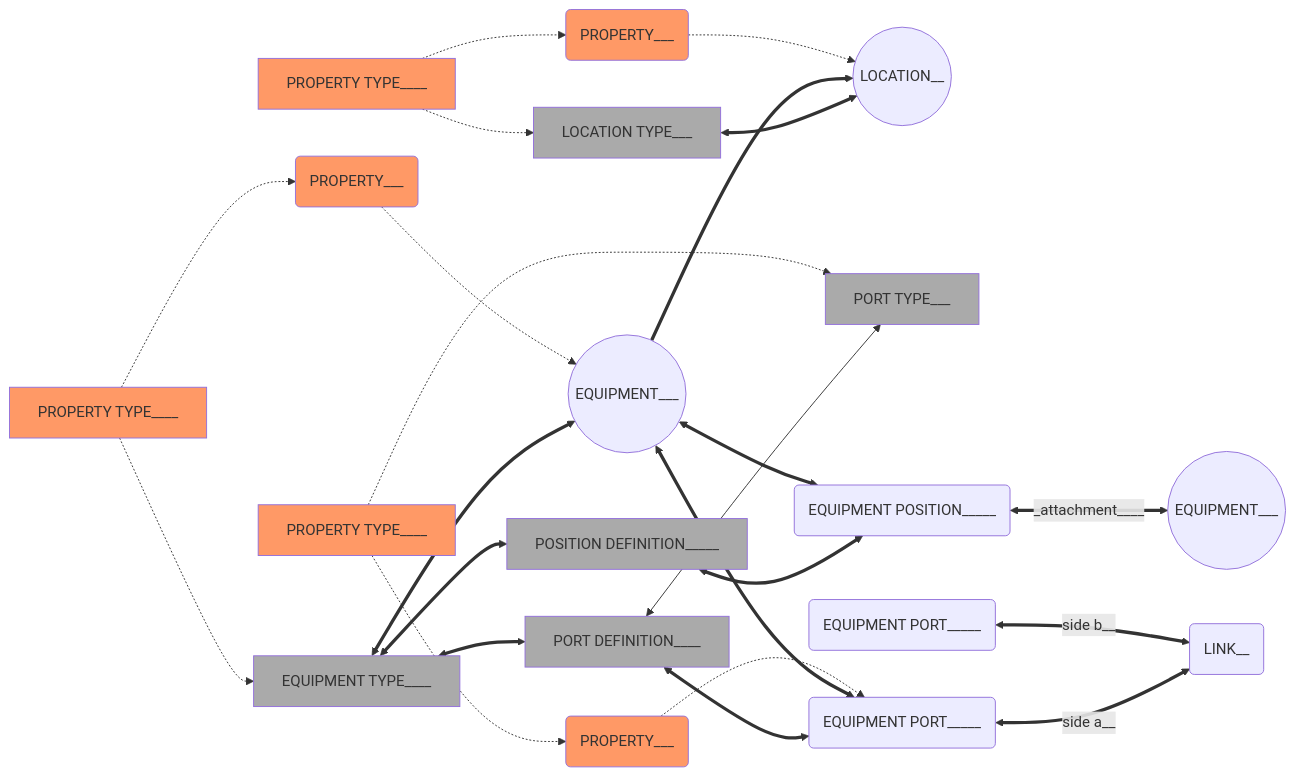
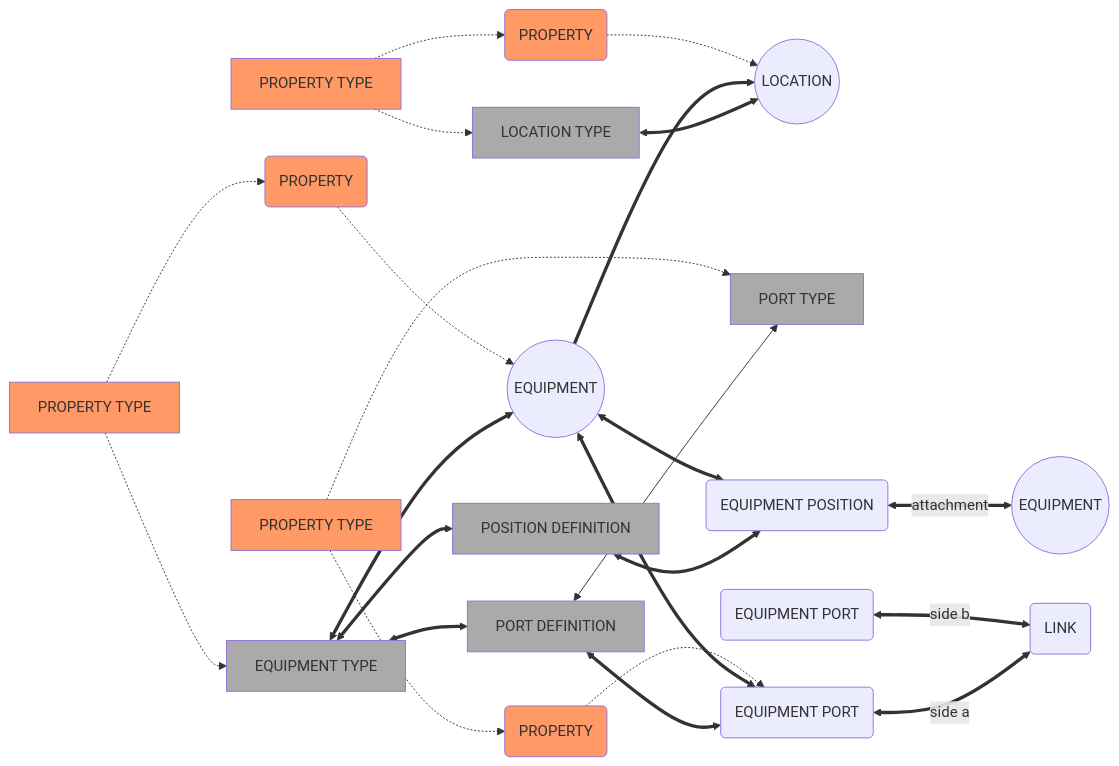
Before and after one commit to magma/magma: the diagram in symphony/docs/md/inventory-intro.md, drawn with Mermaid.

Commit message:
symphony/docs: remove underscores in graph
Summary: Pull Request resolved: https://github.com/facebookincubator/symphony/pull/273

Reviewed By: AmitArbel

````diff
--- a/symphony/docs/md/inventory-intro.md
+++ b/symphony/docs/md/inventory-intro.md
@@ -21,35 +21,35 @@
-```mermaid      
+```mermaid
 graph LR
-   				
+
 classDef properties fill:#f96;
 classDef types fill:#aaa;
 
-    id1[LOCATION TYPE___]:::types <==> id2((LOCATION__))
-    id3[EQUIPMENT TYPE____]:::types <==> id4((EQUIPMENT___))
-    id3[EQUIPMENT TYPE____]:::types <==> id3.1[POSITION DEFINITION____]:::types
-    id3[EQUIPMENT TYPE____]:::types <==> id3.2[PORT DEFINITION____]:::types
-    id3.2[PORT DEFINITION____]:::types <--> id15[PORT TYPE___]:::types
+    id1[LOCATION TYPE]:::types <==> id2((LOCATION))
+    id3[EQUIPMENT TYPE]:::types <==> id4((EQUIPMENT))
+    id3[EQUIPMENT TYPE]:::types <==> id3.1[POSITION DEFINITION]:::types
+    id3[EQUIPMENT TYPE]:::types <==> id3.2[PORT DEFINITION]:::types
+    id3.2[PORT DEFINITION]:::types <--> id15[PORT TYPE]:::types
 
-    id4((EQUIPMENT___)) ==> id2{LOCATION__}
-    id3.1[POSITION DEFINITION_____]:::types <==> id5(EQUIPMENT POSITION_____)
-    id3.2[PORT DEFINITION____]:::types <==> id6(EQUIPMENT PORT_____)
-    id4((EQUIPMENT___)) <==> id5(EQUIPMENT POSITION_____)
-    id4((EQUIPMENT___)) <==> id6(EQUIPMENT PORT_____)
-    id5(EQUIPMENT POSITION_____)<==>|_attachment____| id7((EQUIPMENT___))
-    id6(EQUIPMENT PORT____)<==>|side a__| id8(LINK__)
-    id9(EQUIPMENT PORT_____)<==>|side b__| id8(LINK__)
-    
-    id10[PROPERTY TYPE____]:::properties -.-> id1[LOCATION TYPE___]:::types
-    id11[PROPERTY TYPE____]:::properties -.-> id3[EQUIPMENT TYPE____]:::types
-    id14[PROPERTY TYPE____]:::properties -.-> id15[PORT TYPE___]:::types
+    id4((EQUIPMENT)) ==> id2{LOCATION}
+    id3.1[POSITION DEFINITION]:::types <==> id5(EQUIPMENT POSITION)
+    id3.2[PORT DEFINITION]:::types <==> id6(EQUIPMENT PORT)
+    id4((EQUIPMENT)) <==> id5(EQUIPMENT POSITION)
+    id4((EQUIPMENT)) <==> id6(EQUIPMENT PORT)
+    id5(EQUIPMENT POSITION)<==>|attachment| id7((EQUIPMENT))
+    id6(EQUIPMENT PORT)<==>|side a| id8(LINK)
+    id9(EQUIPMENT PORT)<==>|side b| id8(LINK)
 
-    id10[PROPERTY TYPE____]:::properties -.-> id12(PROPERTY___):::properties
-    id12(PROPERTY___):::properties -.-> id2((LOCATION__))
+    id10[PROPERTY TYPE]:::properties -.-> id1[LOCATION TYPE]:::types
+    id11[PROPERTY TYPE]:::properties -.-> id3[EQUIPMENT TYPE]:::types
+    id14[PROPERTY TYPE]:::properties -.-> id15[PORT TYPE]:::types
 
-    id11[PROPERTY TYPE____]:::properties -.-> id13(PROPERTY___):::properties
-    id13(PROPERTY___):::properties -.-> id4((EQUIPMENT___))
+    id10[PROPERTY TYPE]:::properties -.-> id12(PROPERTY):::properties
+    id12(PROPERTY):::properties -.-> id2((LOCATION))
 
-    id14[PROPERTY TYPE____]:::properties -.-> id16(PROPERTY___):::properties
-    id16(PROPERTY___):::properties -.-> id6(EQUIPMENT PORT_____)
+    id11[PROPERTY TYPE]:::properties -.-> id13(PROPERTY):::properties
+    id13(PROPERTY):::properties -.-> id4((EQUIPMENT))
+
+    id14[PROPERTY TYPE]:::properties -.-> id16(PROPERTY):::properties
+    id16(PROPERTY):::properties -.-> id6(EQUIPMENT PORT)
 
 ```
````
